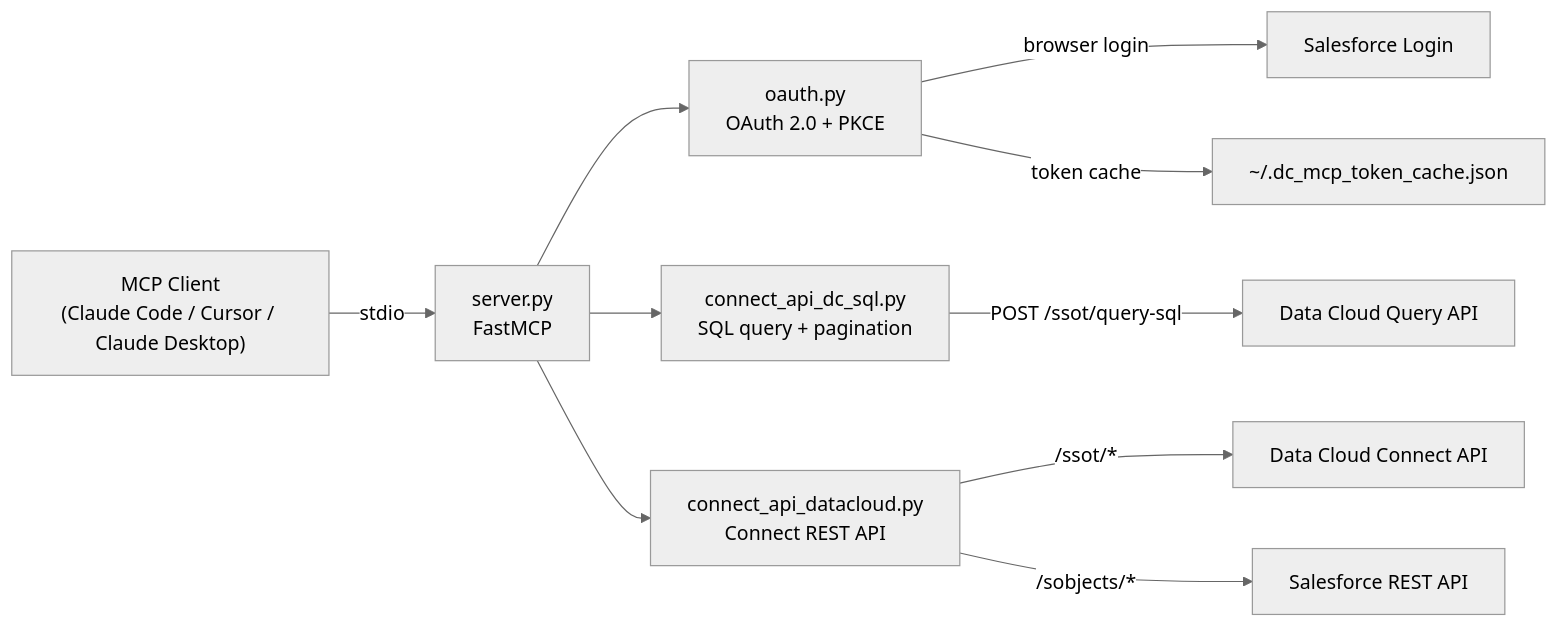
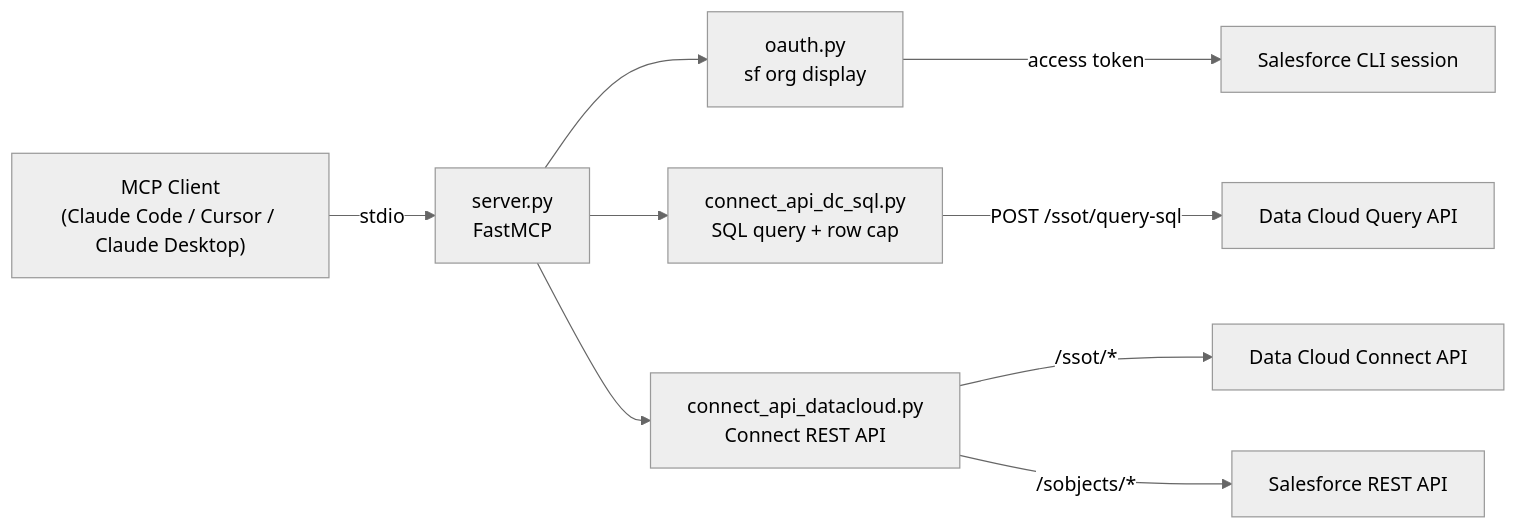
Before and after one commit to rishiganesh25/data360-mcp: the diagram in README.md, drawn with Mermaid (neutral theme). The commit also changed other lines of this file and 15 other files, not shown here.

First line of the commit message:
Harden the FLASH MCP server before wider use.

````diff
--- a/README.md
+++ b/README.md
@@ -514,12 +411,11 @@
 ```mermaid
 flowchart LR
     Client["MCP Client<br/>(Claude Code / Cursor / Claude Desktop)"] -->|stdio| Server["server.py<br/>FastMCP"]
-    Server --> OAuth["oauth.py<br/>OAuth 2.0 + PKCE"]
-    Server --> SQL["connect_api_dc_sql.py<br/>SQL query + pagination"]
+    Server --> OAuth["oauth.py<br/>sf org display"]
+    Server --> SQL["connect_api_dc_sql.py<br/>SQL query + row cap"]
     Server --> DC["connect_api_datacloud.py<br/>Connect REST API"]
-    OAuth -->|browser login| SF["Salesforce Login"]
-    OAuth -->|token cache| Disk["~/.dc_mcp_token_cache.json"]
+    OAuth -->|access token| SF["Salesforce CLI session"]
     SQL -->|POST /ssot/query-sql| DCAPI["Data Cloud Query API"]
     DC -->|/ssot/*| ConnectAPI["Data Cloud Connect API"]
     DC -->|/sobjects/*| RestAPI["Salesforce REST API"]
 ```
````
